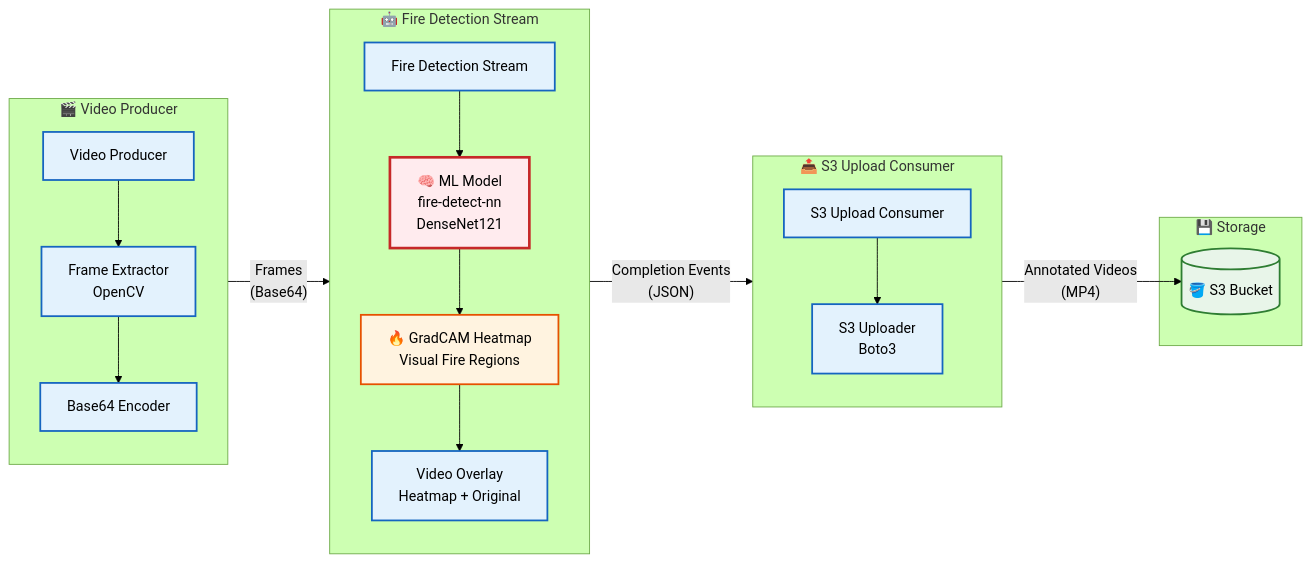
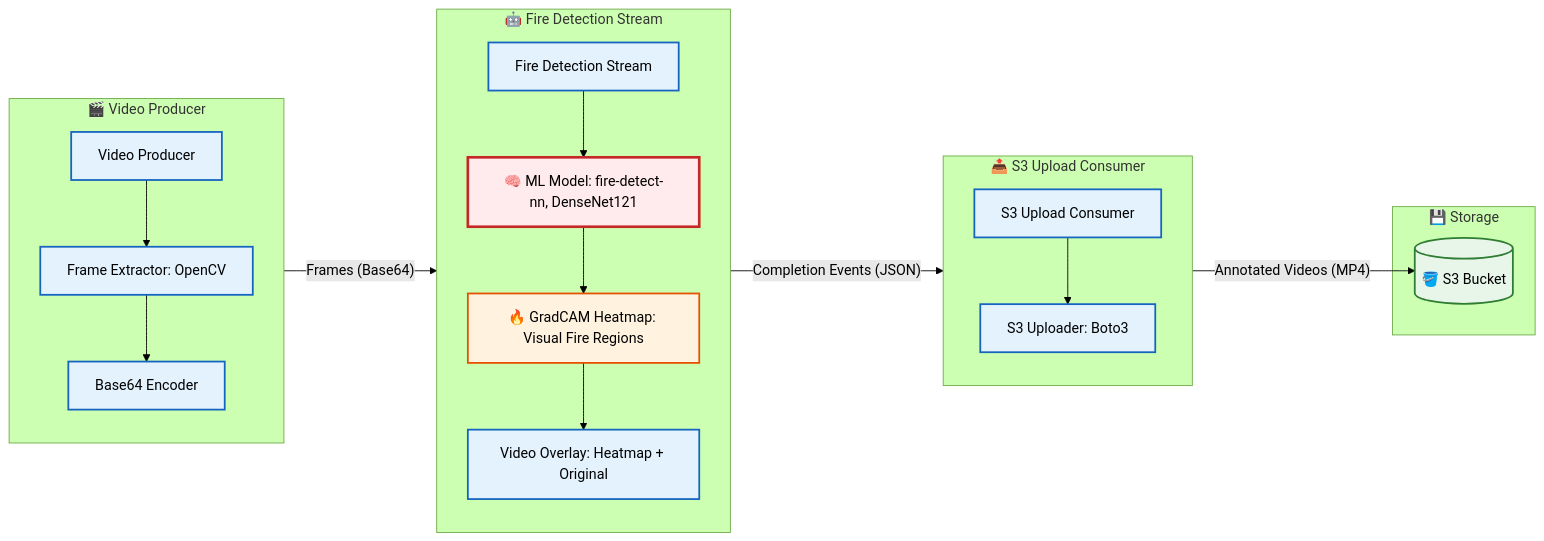
Before and after one commit to raghuselvaraj/FireWatch: the second of 8 diagrams in docs/ARCHITECTURE_DIAGRAM.md, drawn with Mermaid (forest theme). The commit also changed other lines of this file and 4 other files, not shown here.

````diff
--- a/docs/ARCHITECTURE_DIAGRAM.md
+++ b/docs/ARCHITECTURE_DIAGRAM.md
@@ -71,48 +71,48 @@
 ```mermaid
 flowchart LR
     subgraph Producer["🎬 Video Producer"]
         direction TB
         VP[Video Producer]
-        FE[Frame Extractor<br/>OpenCV]
+        FE["Frame Extractor: OpenCV"]
         EN[Base64 Encoder]
         VP --> FE
         FE --> EN
     end
 
     subgraph Stream["🤖 Fire Detection Stream"]
         direction TB
         FD[Fire Detection Stream]
-        ML["🧠 ML Model<br/>fire-detect-nn<br/>DenseNet121"]
-        HM["🔥 GradCAM Heatmap<br/>Visual Fire Regions"]
-        VO[Video Overlay<br/>Heatmap + Original]
+        ML["🧠 ML Model: fire-detect-nn, DenseNet121"]
+        HM["🔥 GradCAM Heatmap: Visual Fire Regions"]
+        VO["Video Overlay: Heatmap + Original"]
         FD --> ML
         ML --> HM
         HM --> VO
     end
 
     subgraph Consumer["📤 S3 Upload Consumer"]
         direction TB
         S3C[S3 Upload Consumer]
-        UP[S3 Uploader<br/>Boto3]
+        UP["S3 Uploader: Boto3"]
         S3C --> UP
     end
 
     subgraph Storage["💾 Storage"]
         S3[("🪣 S3 Bucket")]
     end
 
-    EN -->|"Frames<br/>(Base64)"| FD
-    VO -->|"Completion Events<br/>(JSON)"| S3C
-    UP -->|"Annotated Videos<br/>(MP4)"| S3
+    EN -->|"Frames (Base64)"| FD
+    VO -->|"Completion Events (JSON)"| S3C
+    UP -->|"Annotated Videos (MP4)"| S3
 
     %% Styling
     classDef mlModel fill:#ffebee,stroke:#c62828,stroke-width:3px,color:#000
     classDef heatmap fill:#fff3e0,stroke:#e65100,stroke-width:2px,color:#000
     classDef component fill:#e3f2fd,stroke:#1565c0,stroke-width:2px,color:#000
     classDef storage fill:#e8f5e9,stroke:#2e7d32,stroke-width:2px,color:#000
 
     class ML mlModel
     class HM heatmap
     class VP,FE,EN,FD,VO,S3C,UP component
     class S3 storage
 ```
````
